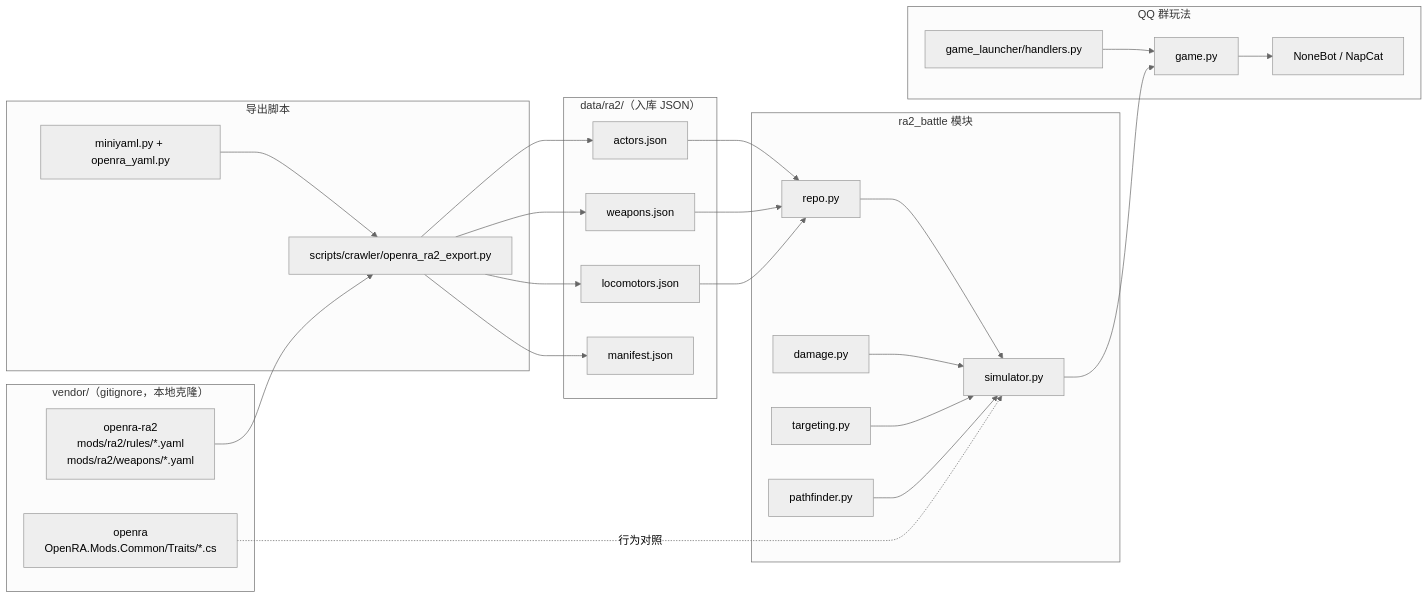
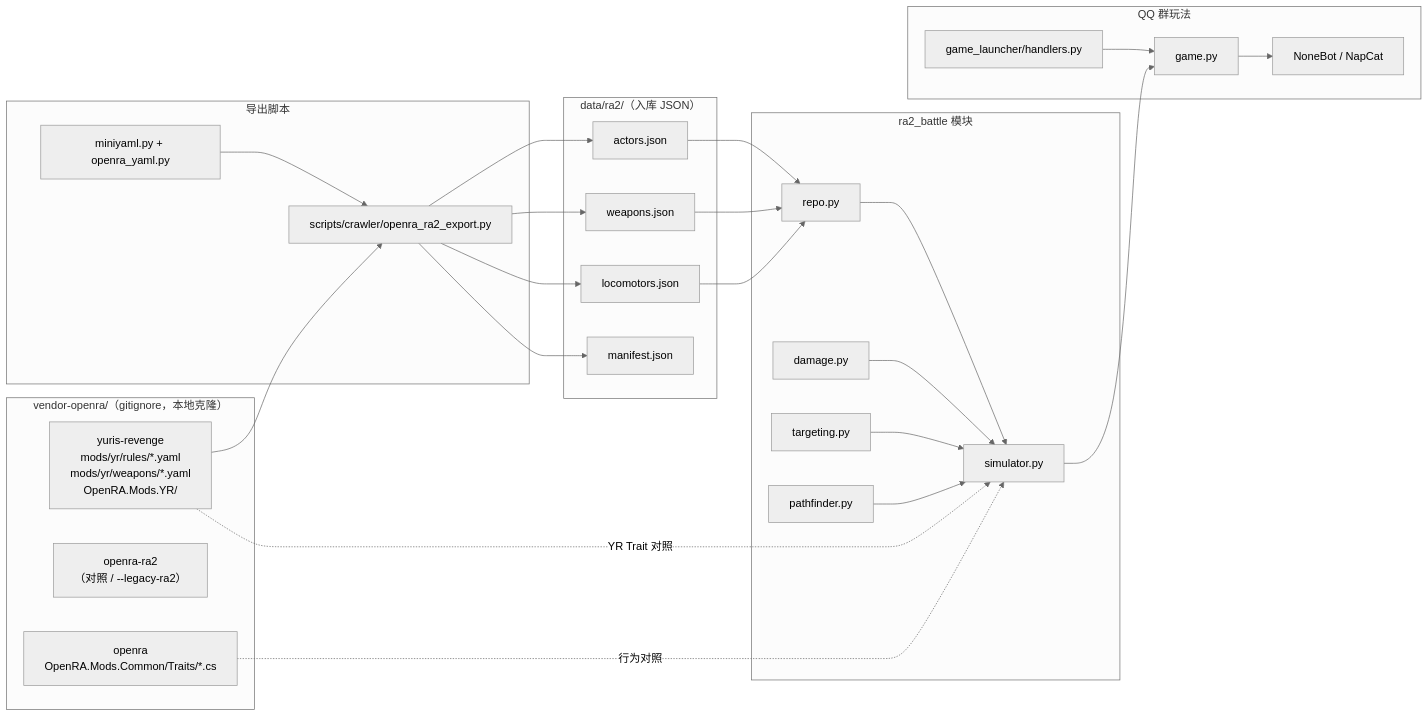
The diagram in docs/games/ra2-battle.md (JimyTD/QQBotForFun), drawn with Mermaid (neutral theme) before and after one commit. The commit also changed other lines of this file and 31 other files, not shown here.

````diff
--- a/docs/games/ra2-battle.md
+++ b/docs/games/ra2-battle.md
@@ -31,47 +31,49 @@
 ```mermaid
 flowchart LR
-    subgraph vendor["vendor/（gitignore，本地克隆）"]
-        RA2["openra-ra2<br/>mods/ra2/rules/*.yaml<br/>mods/ra2/weapons/*.yaml"]
+    subgraph vendor["vendor-openra/（gitignore，本地克隆）"]
+        YR["yuris-revenge<br/>mods/yr/rules/*.yaml<br/>mods/yr/weapons/*.yaml<br/>OpenRA.Mods.YR/"]
+        RA2["openra-ra2<br/>（对照 / --legacy-ra2）"]
         ORA["openra<br/>OpenRA.Mods.Common/Traits/*.cs"]
     end
 
     subgraph export["导出脚本"]
         EXP["scripts/crawler/openra_ra2_export.py"]
         MY["miniyaml.py + openra_yaml.py"]
     end
 
     subgraph data["data/ra2/（入库 JSON）"]
         ACT["actors.json"]
         WPN["weapons.json"]
         LOC["locomotors.json"]
         MAN["manifest.json"]
     end
 
     subgraph core["ra2_battle 模块"]
         REPO["repo.py"]
         SIM["simulator.py"]
         DMG["damage.py"]
         TGT["targeting.py"]
         PF["pathfinder.py"]
     end
 
     subgraph bot["QQ 群玩法"]
         LAUNCH["game_launcher/handlers.py"]
         GAME["game.py"]
         QQ["NoneBot / NapCat"]
     end
 
     LAUNCH --> GAME
 
-    RA2 --> EXP
+    YR --> EXP
     MY --> EXP
     EXP --> ACT & WPN & LOC & MAN
     ACT & WPN & LOC --> REPO
     REPO --> SIM
     DMG --> SIM
     TGT --> SIM
     PF --> SIM
     SIM --> GAME
     GAME --> QQ
     ORA -.->|行为对照| SIM
+    YR -.->|YR Trait 对照| SIM
 ```
````
